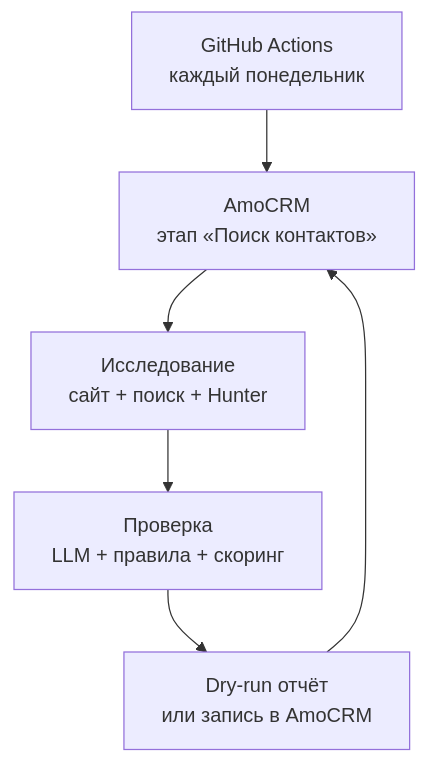
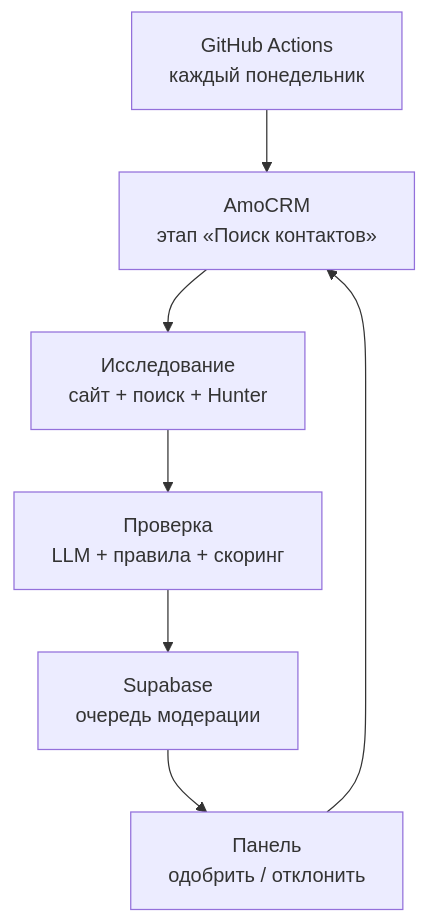
Before and after one commit to tsarev2709/anix_data_search: the diagram in docs/architecture.md, drawn with Mermaid. The commit also changed other lines of this file and 45 other files, not shown here.

````diff
--- a/docs/architecture.md
+++ b/docs/architecture.md
@@ -5,8 +5,9 @@
 ```mermaid
 flowchart TD
     A["GitHub Actions<br>каждый понедельник"] --> B["AmoCRM<br>этап «Поиск контактов»"]
     B --> C["Исследование<br>сайт + поиск + Hunter"]
     C --> D["Проверка<br>LLM + правила + скоринг"]
-    D --> E["Dry-run отчёт<br>или запись в AmoCRM"]
-    E --> B
+    D --> E["Supabase<br>очередь модерации"]
+    E --> F["Панель<br>одобрить / отклонить"]
+    F --> B
 ```
````
